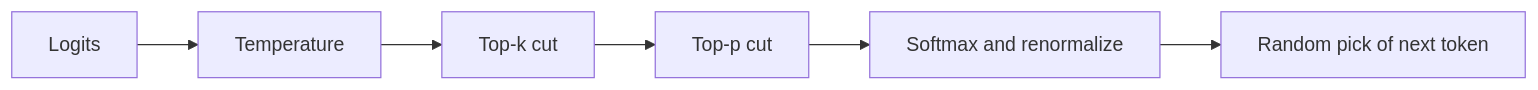
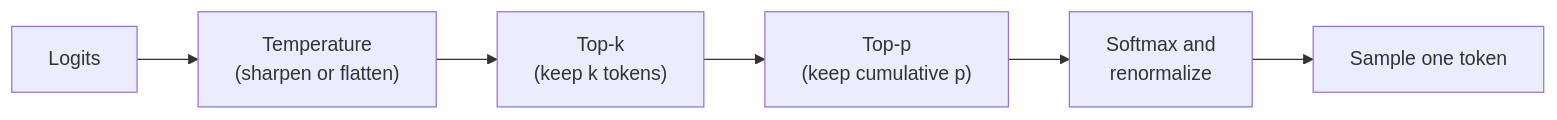
The first of 2 diagrams in notes/step-04-how-llms-generate-text/064-how-do-top-k-and-top-p-sampling-work.md (kaisarnajar/outcome-school-blogs), drawn with Mermaid before and after one commit. The commit also changed other lines of this file and 233 other files, not shown here.

````diff
--- a/notes/step-04-how-llms-generate-text/064-how-do-top-k-and-top-p-sampling-work.md
+++ b/notes/step-04-how-llms-generate-text/064-how-do-top-k-and-top-p-sampling-work.md
@@ -48,8 +80,8 @@
 ```mermaid
 flowchart LR
-    A["Logits"] --> B["Temperature"]
-    B --> C["Top-k cut"]
-    C --> D["Top-p cut"]
-    D --> E["Softmax and renormalize"]
-    E --> F["Random pick of next token"]
+    S1["Logits"] --> S2["Temperature<br/>(sharpen or flatten)"]
+    S2 --> S3["Top-k<br/>(keep k tokens)"]
+    S3 --> S4["Top-p<br/>(keep cumulative p)"]
+    S4 --> S5["Softmax and<br/>renormalize"]
+    S5 --> S6["Sample one token"]
 ```
````
